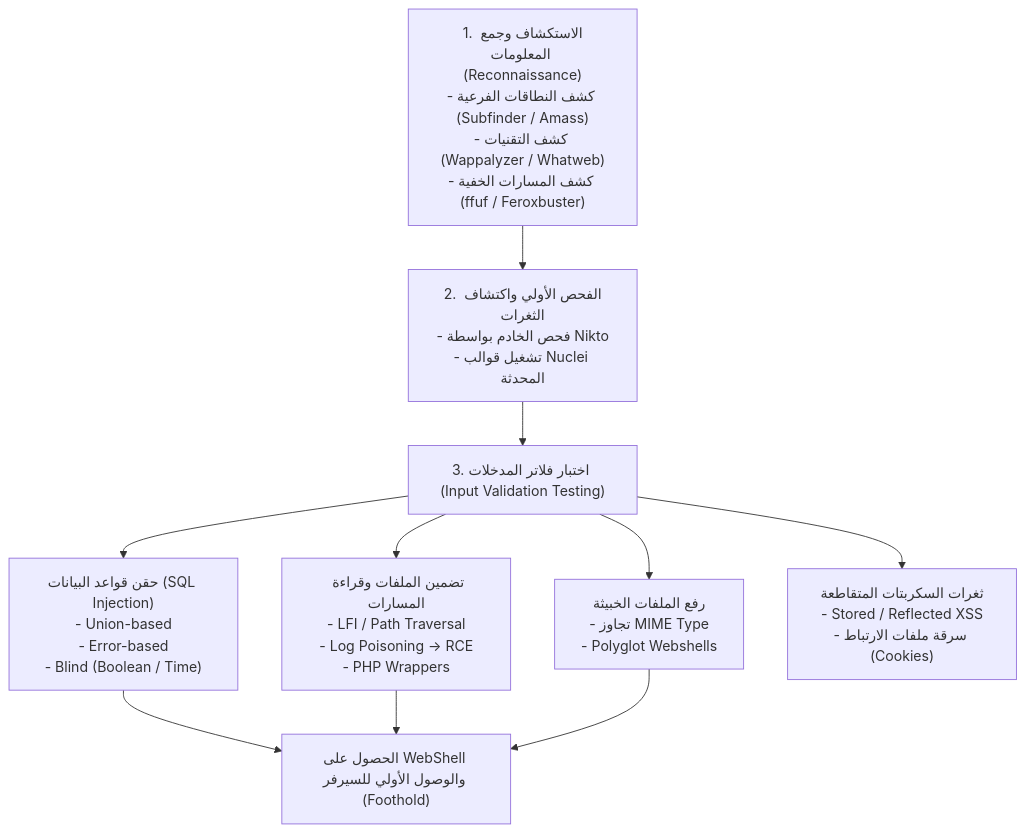
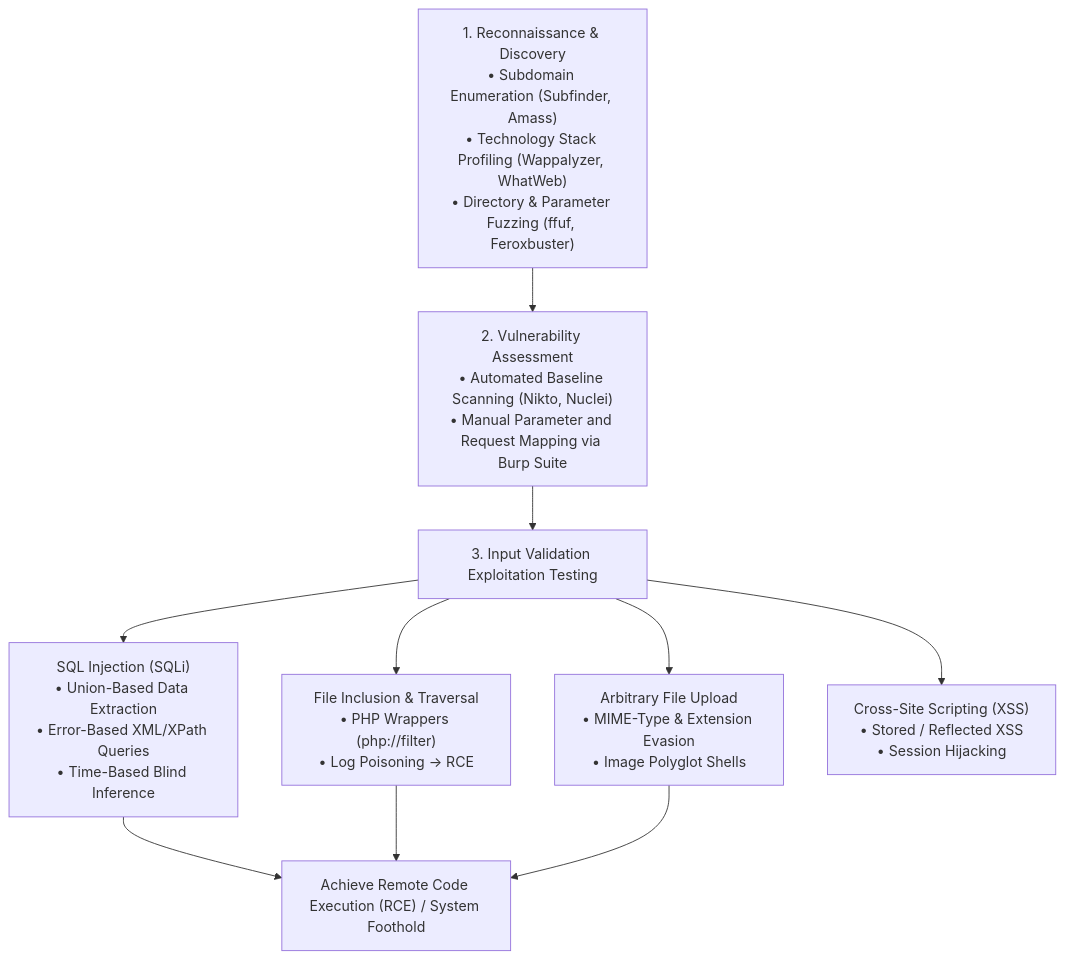
One commit to 3bdo-fathi/3bdo-fathi.github.io changed the first of 3 diagrams in _posts/2026-11-12-ecppt-v3-part-8-web-application-penetration-testing.md. Above: the diagram before and after it, drawn with Mermaid. The commit also changed other lines of this file and 11 other files, not shown here.

````diff
--- a/_posts/2026-11-12-ecppt-v3-part-8-web-application-penetration-testing.md
+++ b/_posts/2026-11-12-ecppt-v3-part-8-web-application-penetration-testing.md
@@ -45,15 +43,15 @@
 ```mermaid
 flowchart TD
-    Recon["1. الاستكشاف وجمع المعلومات (Reconnaissance)<br/>- كشف النطاقات الفرعية (Subfinder / Amass)<br/>- كشف التقنيات (Wappalyzer / Whatweb)<br/>- كشف المسارات الخفية (ffuf / Feroxbuster)"]
+    Recon["1. Reconnaissance & Discovery<br/>• Subdomain Enumeration (Subfinder, Amass)<br/>• Technology Stack Profiling (Wappalyzer, WhatWeb)<br/>• Directory & Parameter Fuzzing (ffuf, Feroxbuster)"]
     
-    Recon --> Scan["2. الفحص الأولي واكتشاف الثغرات<br/>- فحص الخادم بواسطة Nikto<br/>- تشغيل قوالب Nuclei المحدثة"]
+    Recon --> Scan["2. Vulnerability Assessment<br/>• Automated Baseline Scanning (Nikto, Nuclei)<br/>• Manual Parameter and Request Mapping via Burp Suite"]
     
-    Scan --> InputValidation["3. اختبار فلاتر المدخلات (Input Validation Testing)"]
+    Scan --> InputValidation["3. Input Validation Exploitation Testing"]
     
-    InputValidation --> SQLi["حقن قواعد البيانات (SQL Injection)<br/>- Union-based<br/>- Error-based<br/>- Blind (Boolean / Time)"]
-    InputValidation --> LFI["تضمين الملفات وقراءة المسارات<br/>- LFI / Path Traversal<br/>- Log Poisoning -> RCE<br/>- PHP Wrappers"]
-    InputValidation --> Upload["رفع الملفات الخبيثة<br/>- تجاوز MIME Type<br/>- Polyglot Webshells"]
-    InputValidation --> XSS["ثغرات السكربتات المتقاطعة<br/>- Stored / Reflected XSS<br/>- سرقة ملفات الارتباط (Cookies)"]
+    InputValidation --> SQLi["SQL Injection (SQLi)<br/>• Union-Based Data Extraction<br/>• Error-Based XML/XPath Queries<br/>• Time-Based Blind Inference"]
+    InputValidation --> LFI["File Inclusion & Traversal<br/>• PHP Wrappers (php://filter)<br/>• Log Poisoning -> RCE"]
+    InputValidation --> Upload["Arbitrary File Upload<br/>• MIME-Type & Extension Evasion<br/>• Image Polyglot Shells"]
+    InputValidation --> XSS["Cross-Site Scripting (XSS)<br/>• Stored / Reflected XSS<br/>• Session Hijacking"]
     
-    SQLi & LFI & Upload --> Foothold["الحصول على WebShell والوصول الأولي للسيرفر (Foothold)"]
+    SQLi & LFI & Upload --> Foothold["Achieve Remote Code Execution (RCE) / System Foothold"]
 ```
````
